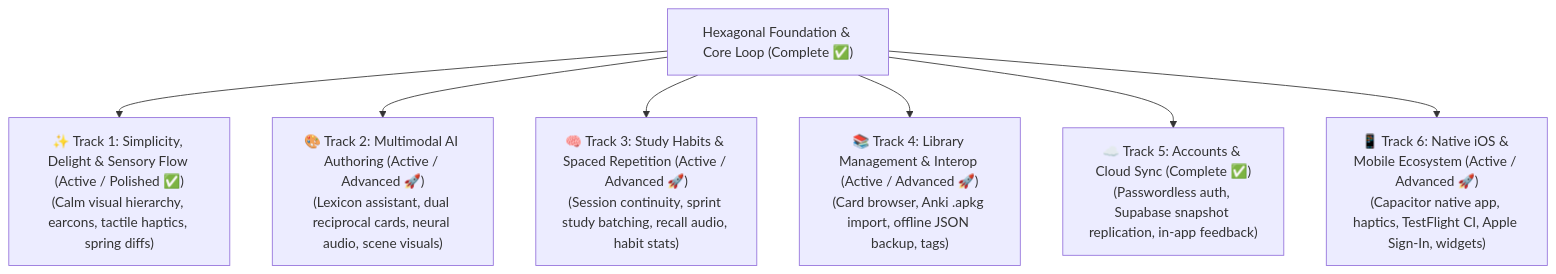
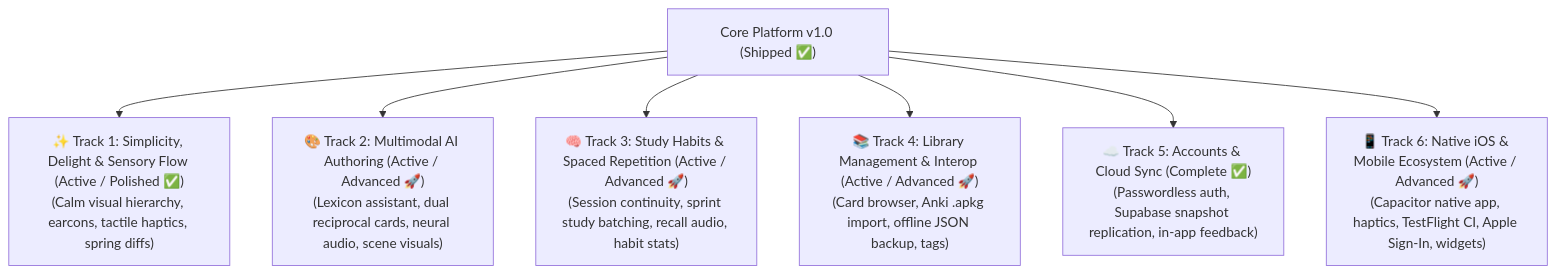
Before and after one commit to smolkaj/jolito: the diagram in docs/ROADMAP.md, drawn with Mermaid. The commit also changed other lines of this file and 1 other file, not shown here.

Commit message:
docs: reframe roadmap and product vision around core v1.0 and strategic horizons

````diff
--- a/docs/ROADMAP.md
+++ b/docs/ROADMAP.md
@@ -7,11 +7,11 @@
 ```mermaid
 flowchart TD
-    Foundation["Hexagonal Foundation & Core Loop (Complete ✅)"]
+    Foundation["Core Platform v1.0 (Shipped ✅)"]
 
     Foundation --> Track1["✨ Track 1: Simplicity, Delight & Sensory Flow (Active / Polished ✅)<br/>(Calm visual hierarchy, earcons, tactile haptics, spring diffs)"]
     Foundation --> Track2["🎨 Track 2: Multimodal AI Authoring (Active / Advanced 🚀)<br/>(Lexicon assistant, dual reciprocal cards, neural audio, scene visuals)"]
     Foundation --> Track3["🧠 Track 3: Study Habits & Spaced Repetition (Active / Advanced 🚀)<br/>(Session continuity, sprint study batching, recall audio, habit stats)"]
     Foundation --> Track4["📚 Track 4: Library Management & Interop (Active / Advanced 🚀)<br/>(Card browser, Anki .apkg import, offline JSON backup, tags)"]
     Foundation --> Track5["☁️ Track 5: Accounts & Cloud Sync (Complete ✅)<br/>(Passwordless auth, Supabase snapshot replication, in-app feedback)"]
     Foundation --> Track6["📱 Track 6: Native iOS & Mobile Ecosystem (Active / Advanced 🚀)<br/>(Capacitor native app, haptics, TestFlight CI, Apple Sign-In, widgets)"]
 ```
````
